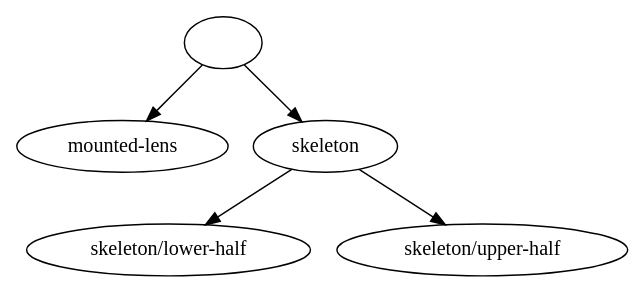
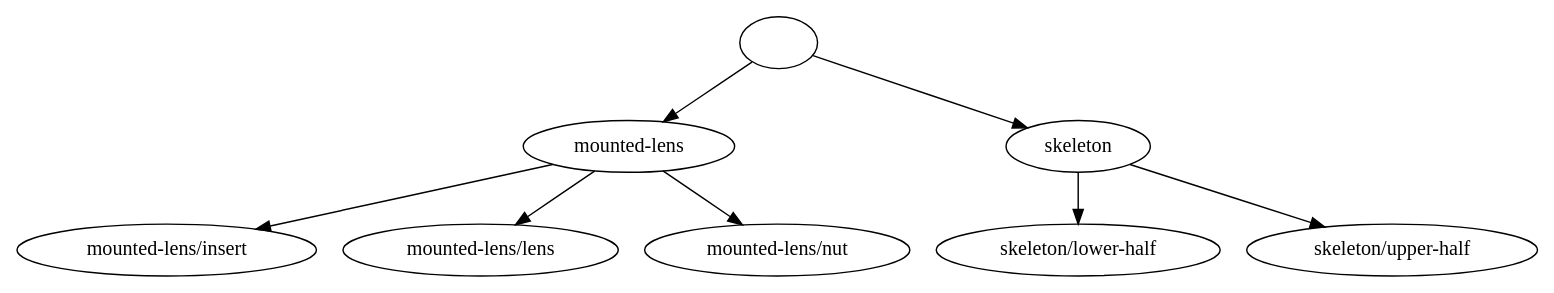
The diagram in examples/designs/cube-mounted/lens.dsn/_positions-graph:z.dot (openUC2/optikit), drawn with Graphviz before and after one commit. The commit also changed 181 other files, not shown here.

```diff
--- a/examples/designs/cube-mounted/lens.dsn/_positions-graph:z.dot
+++ b/examples/designs/cube-mounted/lens.dsn/_positions-graph:z.dot
@@ -1,32 +1,50 @@
 strict digraph "" {
-	graph [bb="0,0,369.72,180"];
+	graph [bb="0,0,912.86,180"];
 	node [label="\N"];
 	edge [label="\E"];
 	""	[height=0.5,
-		pos="125.6,162",
+		pos="455.74,162",
 		width=0.75];
 	"mounted-lens"	[height=0.5,
-		pos="63.603,90",
+		pos="364.74,90",
 		width=1.7667];
 	"" -> "mounted-lens"	[key=" -> mounted-lens",
 		label="",
-		pos="e,78.473,107.79 112.45,146.15 104.76,137.46 94.83,126.26 85.939,116.22"];
+		pos="e,385.94,107.31 438.62,147.83 426.38,138.41 409.56,125.48 395.06,114.33"];
 	skeleton	[height=0.5,
-		pos="188.6,90",
+		pos="636.74,90",
 		width=1.2005];
 	"" -> skeleton	[key=" -> skeleton",
 		label="",
-		pos="e,173.94,107.29 138.96,146.15 146.9,137.34 157.16,125.94 166.29,115.79"];
+		pos="e,605.84,102.95 478.66,152.13 507.89,140.83 558.96,121.08 595.13,107.09"];
+	"mounted-lens/insert"	[height=0.5,
+		pos="87.74,18",
+		width=2.4372];
+	"mounted-lens" -> "mounted-lens/insert"	[key="mounted-lens -> mounted-lens/insert",
+		label="",
+		pos="e,141.38,32.554 318.38,77.284 272.89,65.789 203.14,48.163 152.26,35.304"];
+	"mounted-lens/lens"	[height=0.5,
+		pos="275.74,18",
+		width=2.2734];
+	"mounted-lens" -> "mounted-lens/lens"	[key="mounted-lens -> mounted-lens/lens",
+		label="",
+		pos="e,296.89,35.633 344.1,72.765 332.69,63.795 318.32,52.49 305.7,42.564"];
+	"mounted-lens/nut"	[height=0.5,
+		pos="453.74,18",
+		width=2.184];
+	"mounted-lens" -> "mounted-lens/nut"	[key="mounted-lens -> mounted-lens/nut",
+		label="",
+		pos="e,432.59,35.633 385.38,72.765 396.79,63.795 411.16,52.49 423.78,42.564"];
 	"skeleton/lower-half"	[height=0.5,
-		pos="93.603,18",
+		pos="636.74,18",
 		width=2.3922];
 	skeleton -> "skeleton/lower-half"	[key="skeleton -> skeleton/lower-half",
 		label="",
-		pos="e,116.17,35.628 167.99,73.811 155.45,64.575 139.2,52.595 125.08,42.192"];
+		pos="e,636.74,36.104 636.74,71.697 636.74,64.407 636.74,55.726 636.74,47.536"];
 	"skeleton/upper-half"	[height=0.5,
-		pos="283.6,18",
+		pos="826.74,18",
 		width=2.3922];
 	skeleton -> "skeleton/upper-half"	[key="skeleton -> skeleton/upper-half",
 		label="",
-		pos="e,261.04,35.628 209.22,73.811 221.75,64.575 238.01,52.595 252.13,42.192"];
+		pos="e,785.69,34.126 668.12,77.441 697.12,66.754 740.78,50.67 774.95,38.08"];
 }
```
